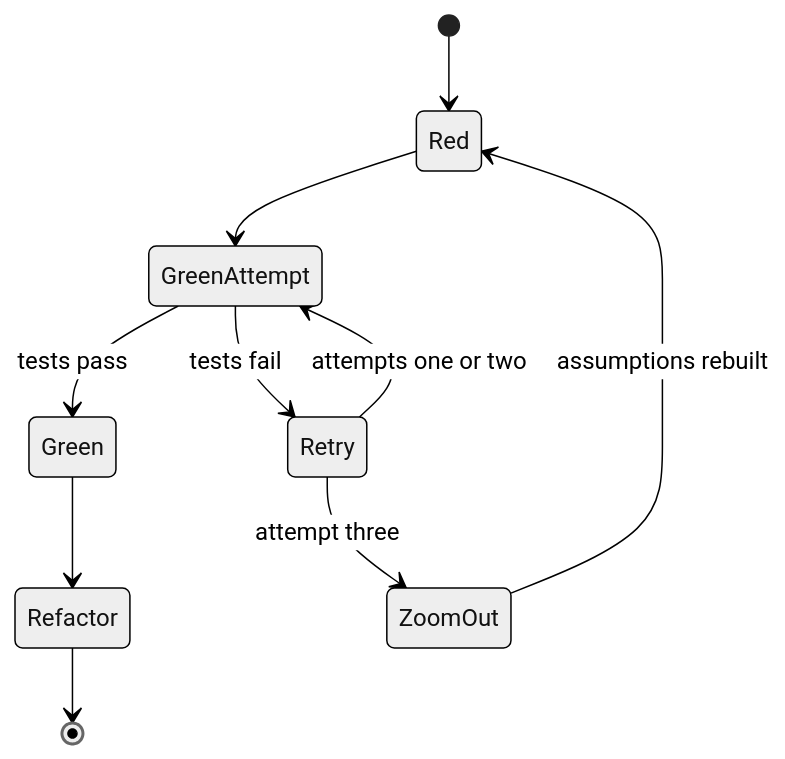
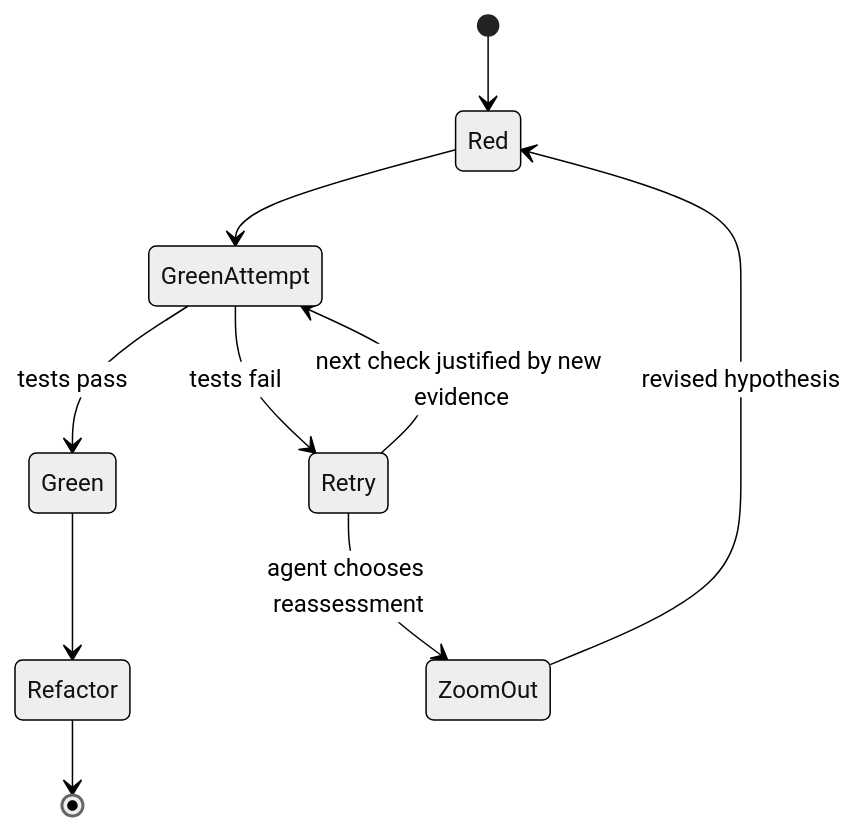
The third of 3 diagrams in docs/workflows/tdd.md (dyphn1/Harness-everything), drawn with Mermaid (neutral theme) before and after one commit. The commit also changed other lines of this file and 17 other files, not shown here.

First line of the commit message:
docs(zoom-out): describe agent-initiated zoom-out in active docs

````diff
--- a/docs/workflows/tdd.md
+++ b/docs/workflows/tdd.md
@@ -67,12 +67,12 @@
 ```mermaid
 stateDiagram-v2
   [*] --> Red
   Red --> GreenAttempt
   GreenAttempt --> Green: tests pass
   GreenAttempt --> Retry: tests fail
-  Retry --> GreenAttempt: attempts one or two
-  Retry --> ZoomOut: attempt three
-  ZoomOut --> Red: assumptions rebuilt
+  Retry --> GreenAttempt: next check justified by new evidence
+  Retry --> ZoomOut: agent chooses reassessment
+  ZoomOut --> Red: revised hypothesis
   Green --> Refactor
   Refactor --> [*]
 ```
````
